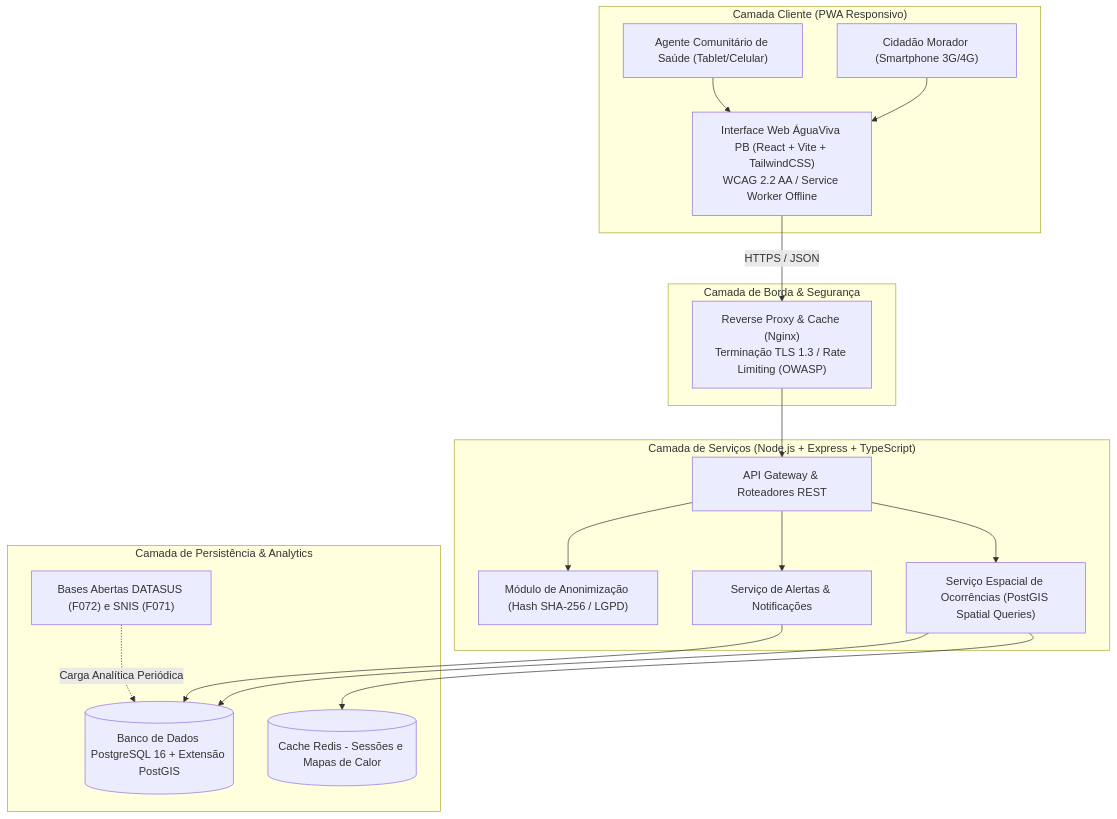
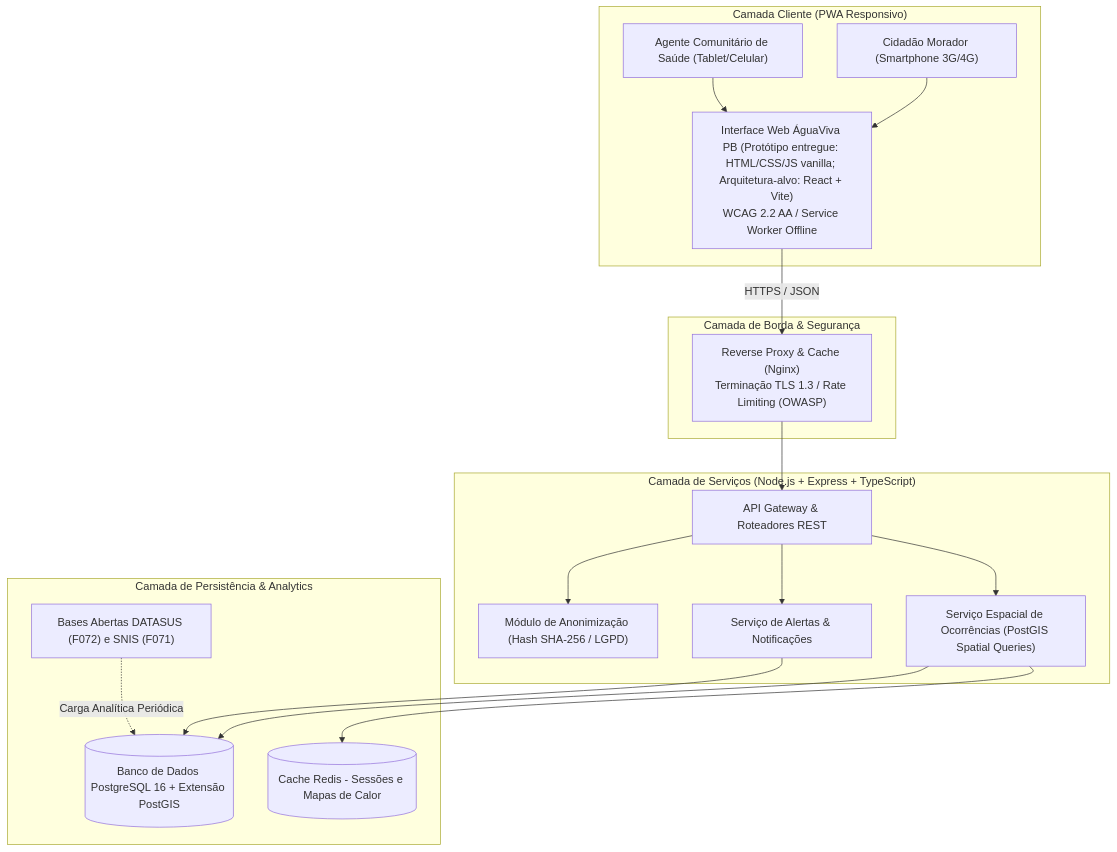
Before and after one commit to iGabrielCampos/Projeto_Integrador: the first of 2 diagrams in 05_solucao/dossie_solucao.md, drawn with Mermaid. The commit also changed other lines of this file and 28 other files, not shown here.

````diff
--- a/05_solucao/dossie_solucao.md
+++ b/05_solucao/dossie_solucao.md
@@ -92,37 +92,37 @@
 ```mermaid
 graph TD
     subgraph CLIENTE["Camada Cliente (PWA Responsivo)"]
         USR["Cidadão Morador (Smartphone 3G/4G)"]
         ACS["Agente Comunitário de Saúde (Tablet/Celular)"]
-        PWA["Interface Web ÁguaViva PB (React + Vite + TailwindCSS)<br>WCAG 2.2 AA / Service Worker Offline"]
+        PWA["Interface Web ÁguaViva PB (Protótipo entregue: HTML/CSS/JS vanilla; Arquitetura-alvo: React + Vite)<br>WCAG 2.2 AA / Service Worker Offline"]
     end
 
     subgraph BORDA["Camada de Borda & Segurança"]
         NGX["Reverse Proxy & Cache (Nginx)<br>Terminação TLS 1.3 / Rate Limiting (OWASP)"]
     end
 
     subgraph BACKEND["Camada de Serviços (Node.js + Express + TypeScript)"]
         API["API Gateway & Roteadores REST"]
         AUTH["Módulo de Anonimização (Hash SHA-256 / LGPD)"]
         GEO["Serviço Espacial de Ocorrências (PostGIS Spatial Queries)"]
         ALERTA["Serviço de Alertas & Notificações"]
     end
 
     subgraph DADOS["Camada de Persistência & Analytics"]
         DB[(Banco de Dados PostgreSQL 16 + Extensão PostGIS)]
         CACHE[(Cache Redis - Sessões e Mapas de Calor)]
         DATA_OPEN["Bases Abertas DATASUS (F072) e SNIS (F071)"]
     end
 
     USR --> PWA
     ACS --> PWA
     PWA -->|HTTPS / JSON| NGX
     NGX --> API
     API --> AUTH
     API --> GEO
     API --> ALERTA
     GEO --> DB
     GEO --> CACHE
     ALERTA --> DB
     DATA_OPEN -.->|Carga Analítica Periódica| DB
 ```
````
